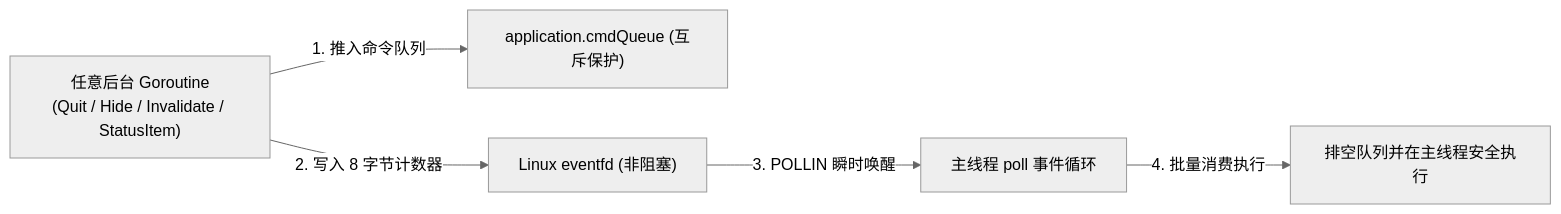
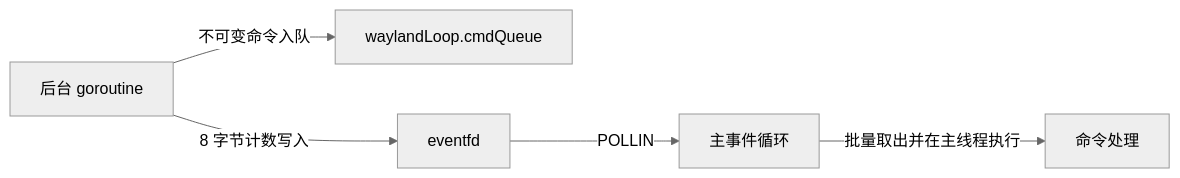
One commit to onenewcode/viva changed the second of 3 diagrams in docs/wayland/01-architecture-overview.md. Above: the diagram before and after it, drawn with Mermaid (neutral theme). The commit also changed other lines of this file and 2 other files, not shown here.

Commit message:
docs(wayland): define protocol-correct target architecture

````diff
--- a/docs/wayland/01-architecture-overview.md
+++ b/docs/wayland/01-architecture-overview.md
@@ -158,7 +162,7 @@
 ```mermaid
 flowchart LR
-    SubG["任意后台 Goroutine<br/>(Quit / Hide / Invalidate / StatusItem)"] -->|"1. 推入命令队列"| Q["application.cmdQueue (互斥保护)"]
-    SubG -->|"2. 写入 8 字节计数器"| EFD["Linux eventfd (非阻塞)"]
-    EFD -->|"3. POLLIN 瞬时唤醒"| MainLoop["主线程 poll 事件循环"]
-    MainLoop -->|"4. 批量消费执行"| Dispatch["排空队列并在主线程安全执行"]
+    G["后台 goroutine"] -->|"不可变命令入队"| Q["waylandLoop.cmdQueue"]
+    G -->|"8 字节计数写入"| E["eventfd"]
+    E -->|"POLLIN"| L["主事件循环"]
+    L -->|"批量取出并在主线程执行"| D["命令处理"]
 ```
````
